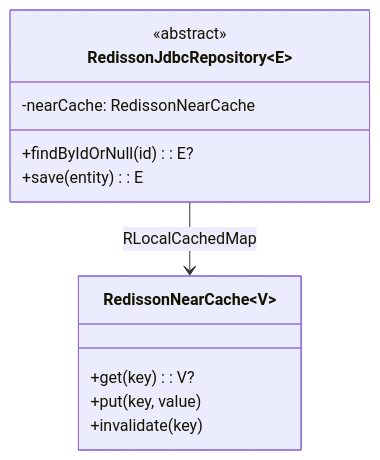
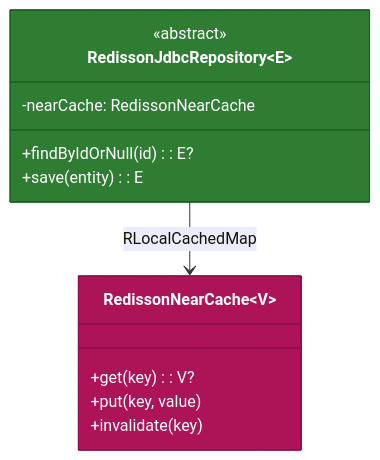
The first of 7 diagrams in data/exposed-jdbc-redisson/README.ko.md (bluetape4k/bluetape4k-projects), drawn with Mermaid before and after one commit. The commit also changed other lines of this file and 221 other files, not shown here.

First line of the commit message:
docs: 전체 모듈 README UML 다이어그램 보강 및 색상 업그레이드

````diff
--- a/data/exposed-jdbc-redisson/README.ko.md
+++ b/data/exposed-jdbc-redisson/README.ko.md
@@ -222,17 +222,19 @@
 ```mermaid
 classDiagram
     direction TB
     class RedissonJdbcRepository~E~ {
         <<abstract>>
         -nearCache: RedissonNearCache
         +findByIdOrNull(id): E?
         +save(entity): E
     }
     class RedissonNearCache~V~ {
         +get(key): V?
         +put(key, value)
         +invalidate(key)
     }
     RedissonJdbcRepository --> RedissonNearCache : RLocalCachedMap
 
+    style RedissonJdbcRepository fill:#2E7D32,stroke:#1B5E20,color:#FFFFFF
+    style RedissonNearCache fill:#AD1457,stroke:#880E4F,color:#FFFFFF
 ```
````
